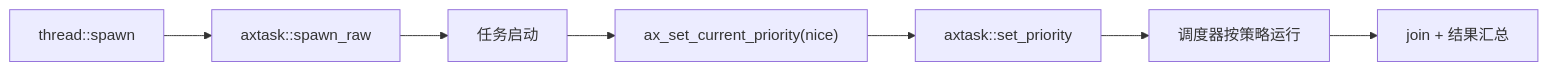
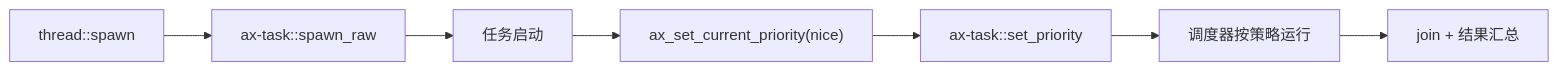
Before and after one commit to zKurisu/tgoskits: the first of 2 diagrams in docs/crates/arceos-priority.md, drawn with Mermaid. The commit also changed other lines of this file and 133 other files, not shown here.

Commit message:
rename axtask to ax-task

````diff
--- a/docs/crates/arceos-priority.md
+++ b/docs/crates/arceos-priority.md
@@ -26,9 +26,9 @@
 ```mermaid
 flowchart LR
-    A["thread::spawn"] --> B["axtask::spawn_raw"]
+    A["thread::spawn"] --> B["ax-task::spawn_raw"]
     B --> C["任务启动"]
     C --> D["ax_set_current_priority(nice)"]
-    D --> E["axtask::set_priority"]
+    D --> E["ax-task::set_priority"]
     E --> F["调度器按策略运行"]
     F --> G["join + 结果汇总"]
 ```
````
